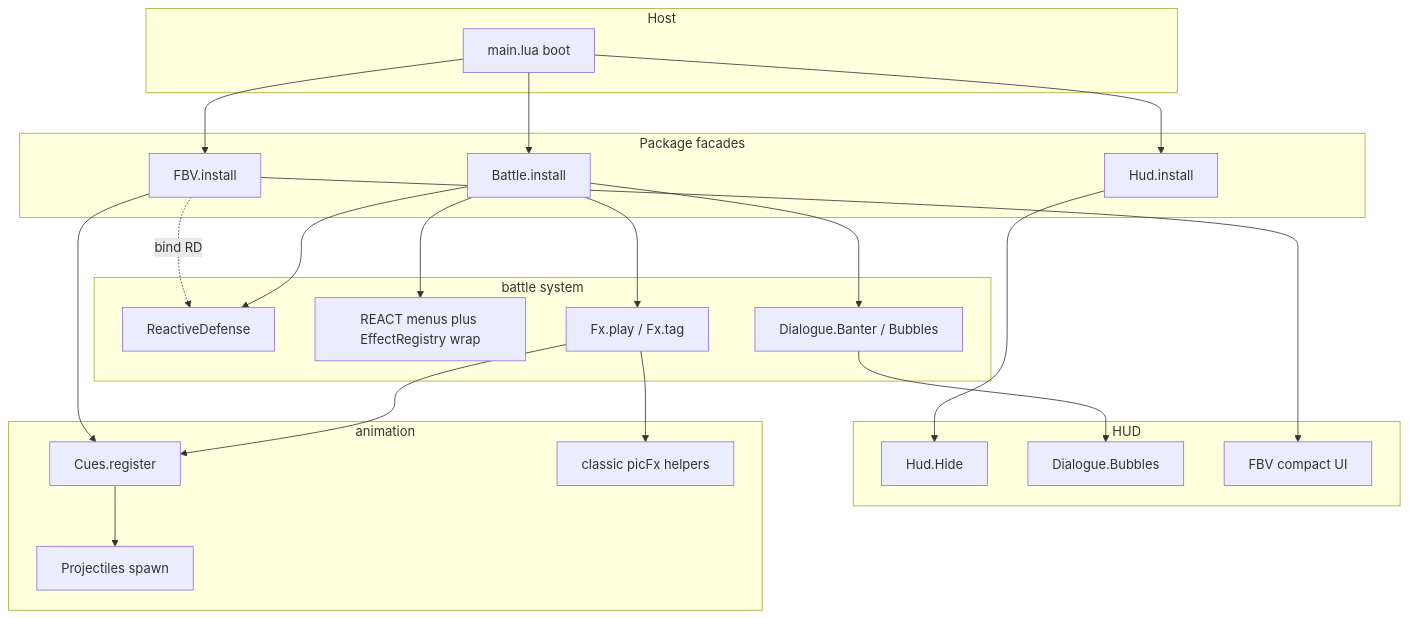
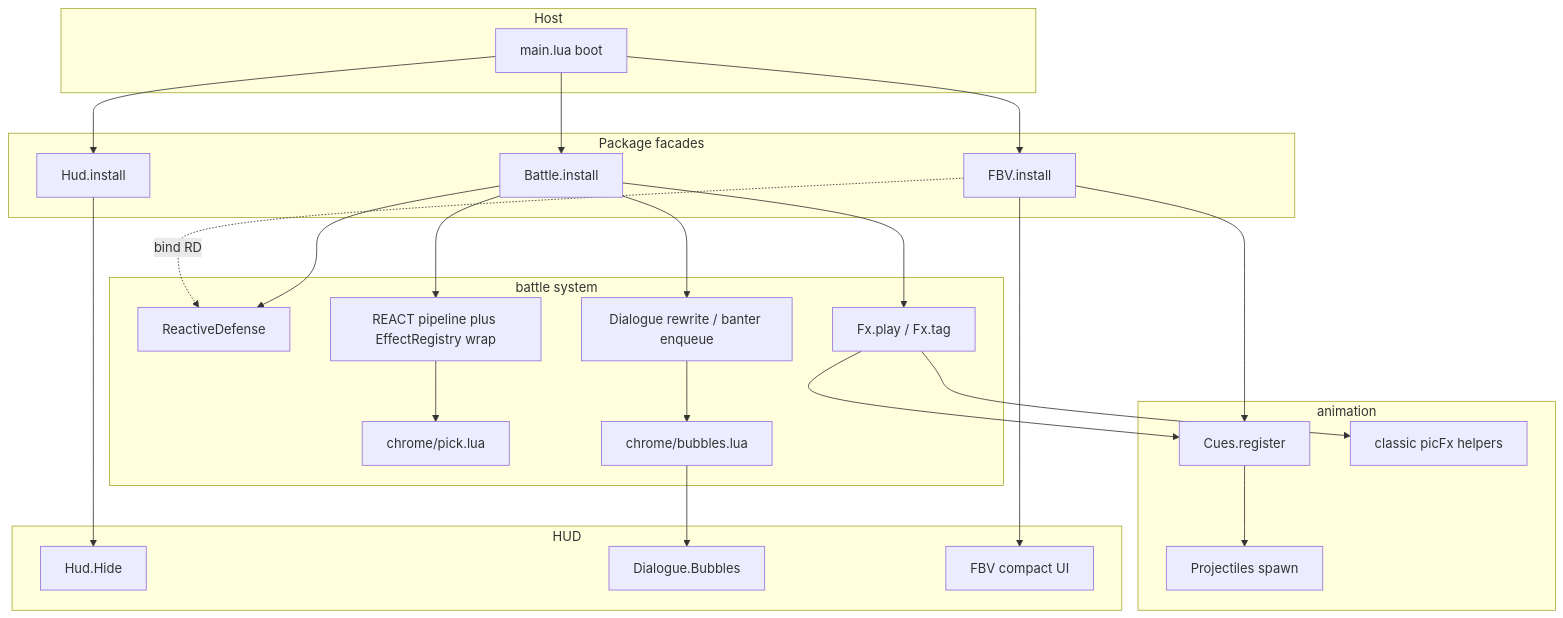
Before and after one commit to businessmachines02/anime-realism: the fourth of 4 diagrams in ARCHITECTURE.md, drawn with Mermaid. The commit also changed other lines of this file and 15 other files, not shown here.

````diff
--- a/ARCHITECTURE.md
+++ b/ARCHITECTURE.md
@@ -326,42 +343,46 @@
 ```mermaid
 flowchart TB
   subgraph host [Host]
     Main[main.lua boot]
   end
   subgraph facades [Package facades]
     Hud[Hud.install]
     Bat[Battle.install]
     FBV[FBV.install]
   end
   subgraph battlePkg [battle system]
     RD[ReactiveDefense]
-    React[REACT menus plus EffectRegistry wrap]
+    React[REACT pipeline plus EffectRegistry wrap]
     Fx[Fx.play / Fx.tag]
-    Dial[Dialogue.Banter / Bubbles]
+    Dial[Dialogue rewrite / banter enqueue]
+    PickHud[chrome/pick.lua]
+    ChromeBubbles[chrome/bubbles.lua]
   end
   subgraph hudPkg [HUD]
     Hide[Hud.Hide]
-    Bubbles[Dialogue.Bubbles]
+    OverlayBubbles[Dialogue.Bubbles]
     FieldUI[FBV compact UI]
   end
   subgraph animPkg [animation]
     CueReg[Cues.register]
     Proj[Projectiles spawn]
     ClassicFx[classic picFx helpers]
   end
   Main --> Hud
   Main --> Bat
   Main --> FBV
   Hud --> Hide
   Bat --> RD
   Bat --> React
   Bat --> Fx
   Bat --> Dial
+  React --> PickHud
+  Dial --> ChromeBubbles
+  ChromeBubbles --> OverlayBubbles
   Fx --> CueReg
   Fx --> ClassicFx
   FBV --> FieldUI
   FBV --> CueReg
   CueReg --> Proj
-  Dial --> Bubbles
   FBV -.->|"bind RD"| RD
 ```
````
